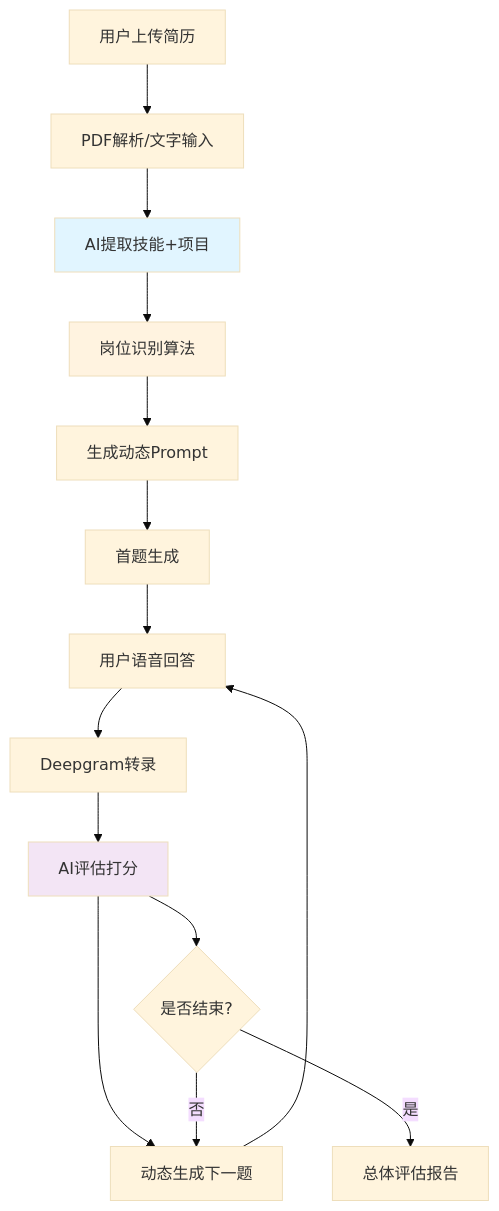
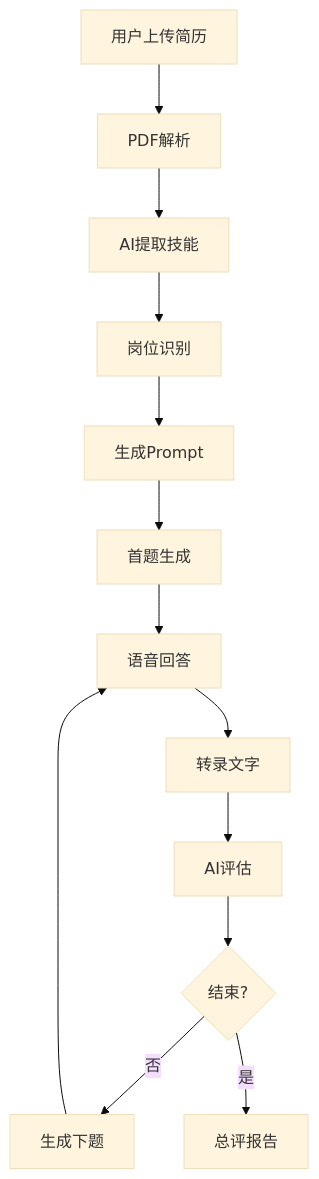
Before and after one commit to Trade-Offf/QuizPort: the first of 6 diagrams in README.md, drawn with Mermaid (base theme). The commit also changed other lines of this file, not shown here.

````diff
--- a/README.md
+++ b/README.md
@@ -79,22 +79,15 @@
 ```mermaid
-graph TD
-    A[用户上传简历] --> B[PDF解析/文字输入]
-    B --> C[AI提取技能+项目]
-    C --> D[岗位识别算法]
-    D --> E[生成动态Prompt]
+flowchart TD
+    A[用户上传简历] --> B[PDF解析]
+    B --> C[AI提取技能]
+    C --> D[岗位识别]
+    D --> E[生成Prompt]
     E --> F[首题生成]
-    
-    F --> G[用户语音回答]
-    G --> H[Deepgram转录]
-    H --> I[AI评估打分]
-    I --> J[动态生成下一题]
+    F --> G[语音回答]
+    G --> H[转录文字]
+    H --> I[AI评估]
+    I --> K{结束?}
+    K -->|否| J[生成下题]
     J --> G
-    
-    I --> K{是否结束?}
-    K -->|是| L[总体评估报告]
-    K -->|否| J
-    
-    style C fill:#e1f5ff
-    style D fill:#fff3e0
-    style I fill:#f3e5f5
+    K -->|是| L[总评报告]
 ```
````
